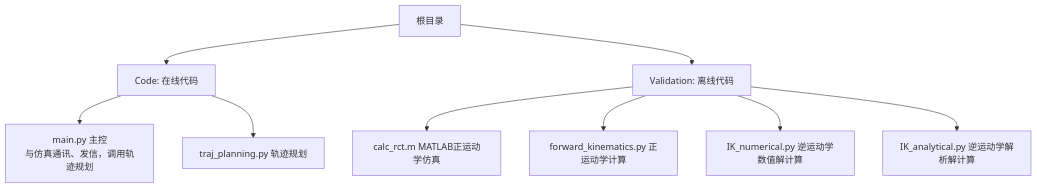
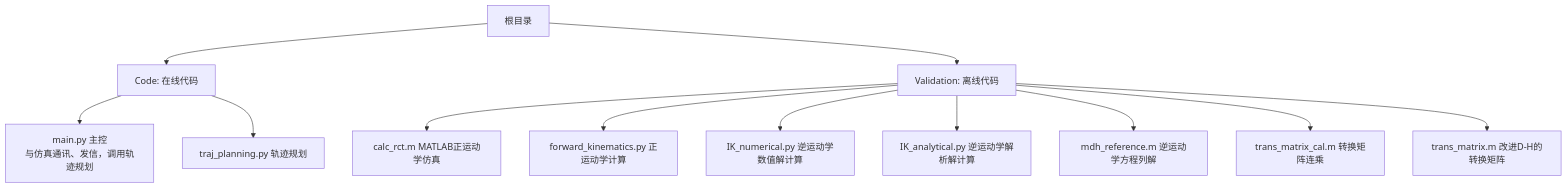
One commit to DrRedTheRed/SpaceBot changed the diagram in README.md. Above: the diagram before and after it, drawn with Mermaid. The commit also changed 7 other files, not shown here.

````diff
--- a/README.md
+++ b/README.md
@@ -3,12 +3,15 @@
 ```mermaid
 graph TD
     A[根目录]
     A --> B[Code: 在线代码]
     B --> B1[main.py 主控<br/>与仿真通讯、发信，调用轨迹规划]
     B --> B2[traj_planning.py 轨迹规划]
     A --> C[Validation: 离线代码]
     C --> C1[calc_rct.m MATLAB正运动学仿真]
     C --> C2[forward_kinematics.py 正运动学计算]
     C --> C3[IK_numerical.py 逆运动学数值解计算]
     C --> C4[IK_analytical.py 逆运动学解析解计算]
+    C --> C5[mdh_reference.m 逆运动学方程列解]
+    C --> C6[trans_matrix_cal.m 转换矩阵连乘]
+    C --> C7[trans_matrix.m 改进D-H的转换矩阵]
 ```
````
